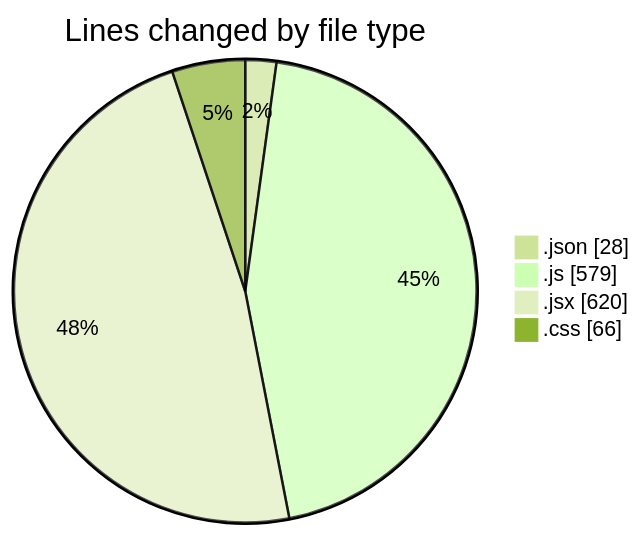
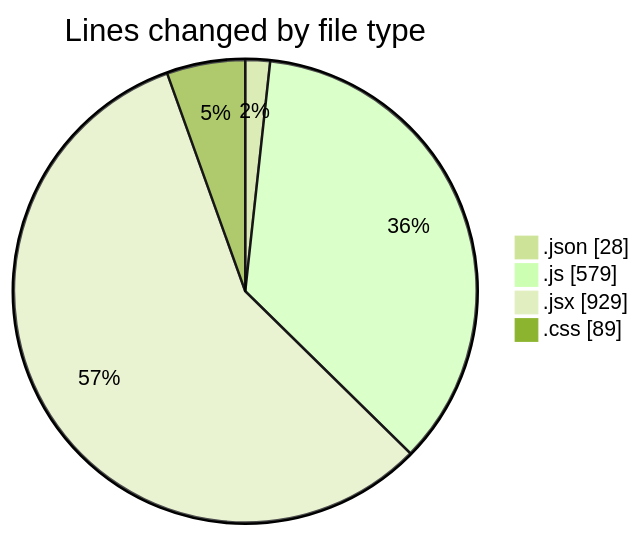
One commit to becaeroporto-bot/code-tracking changed the first of 2 diagrams in 2026-02-21/bot_i_a/README.md. Above: the diagram before and after it, drawn with Mermaid (forest theme). The commit also changed other lines of this file and 1 other file, not shown here.

````diff
--- a/2026-02-21/bot_i_a/README.md
+++ b/2026-02-21/bot_i_a/README.md
@@ -31,8 +31,8 @@
 ```mermaid
 pie showData
 title Lines changed by file type
 ".json" : 28
 ".js" : 579
-".jsx" : 620
-".css" : 66
+".jsx" : 929
+".css" : 89
 ```
````
